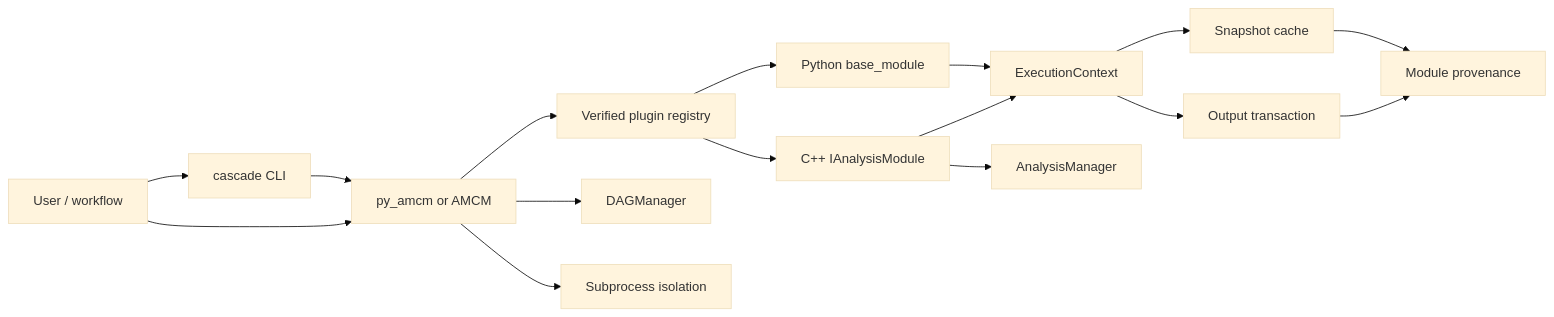
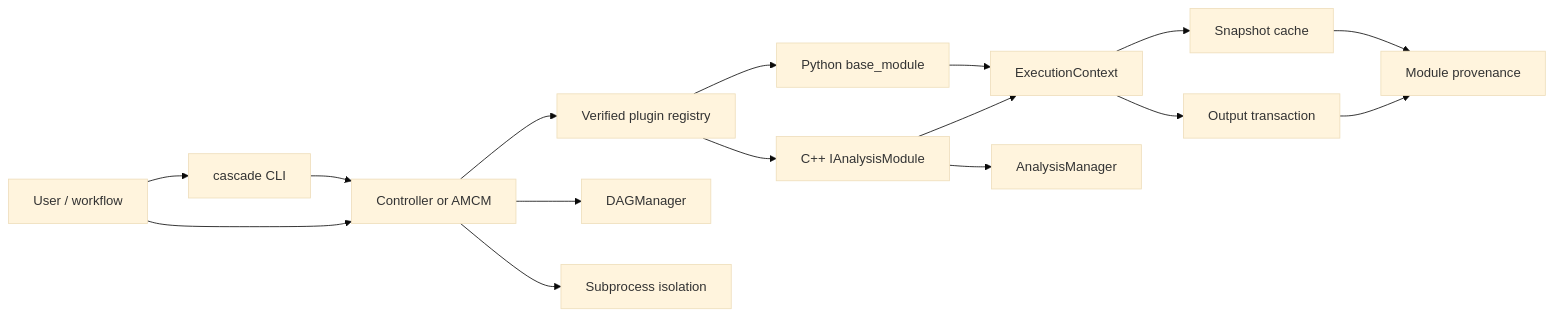
Before and after one commit to hlee-hep/cascade: the diagram in docs/architecture.md, drawn with Mermaid (base theme). The commit also changed 52 other files, not shown here.

````diff
--- a/docs/architecture.md
+++ b/docs/architecture.md
@@ -5,18 +5,18 @@
 ```mermaid
 flowchart LR
     U["User / workflow"] --> Q["cascade CLI"]
-    U --> C["py_amcm or AMCM"]
+    U --> C["Controller or AMCM"]
     Q --> C
     C --> R["Verified plugin registry"]
     R --> M["C++ IAnalysisModule"]
     R --> P["Python base_module"]
     M --> X["ExecutionContext"]
     P --> X
     X --> O["Output transaction"]
     X --> K["Snapshot cache"]
     O --> V["Module provenance"]
     K --> V
     M --> A["AnalysisManager"]
     C --> D["DAGManager"]
     C --> I["Subprocess isolation"]
 ```
````
